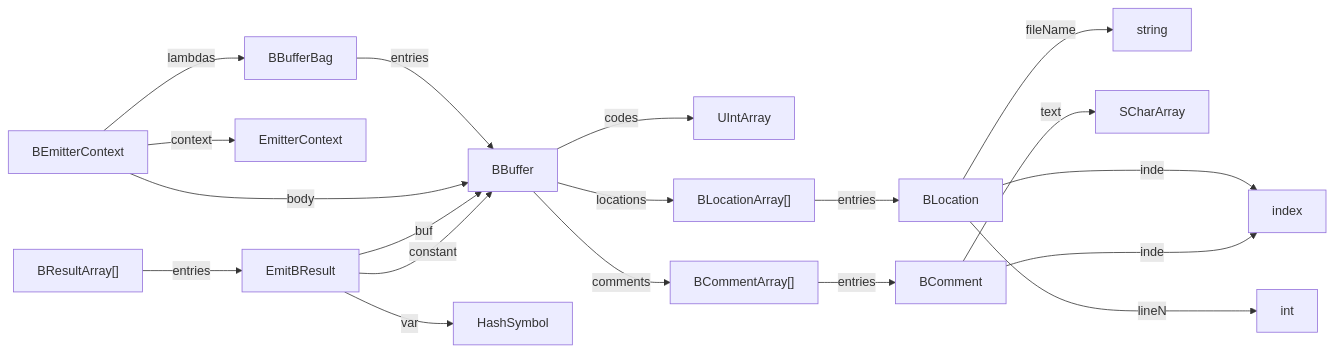
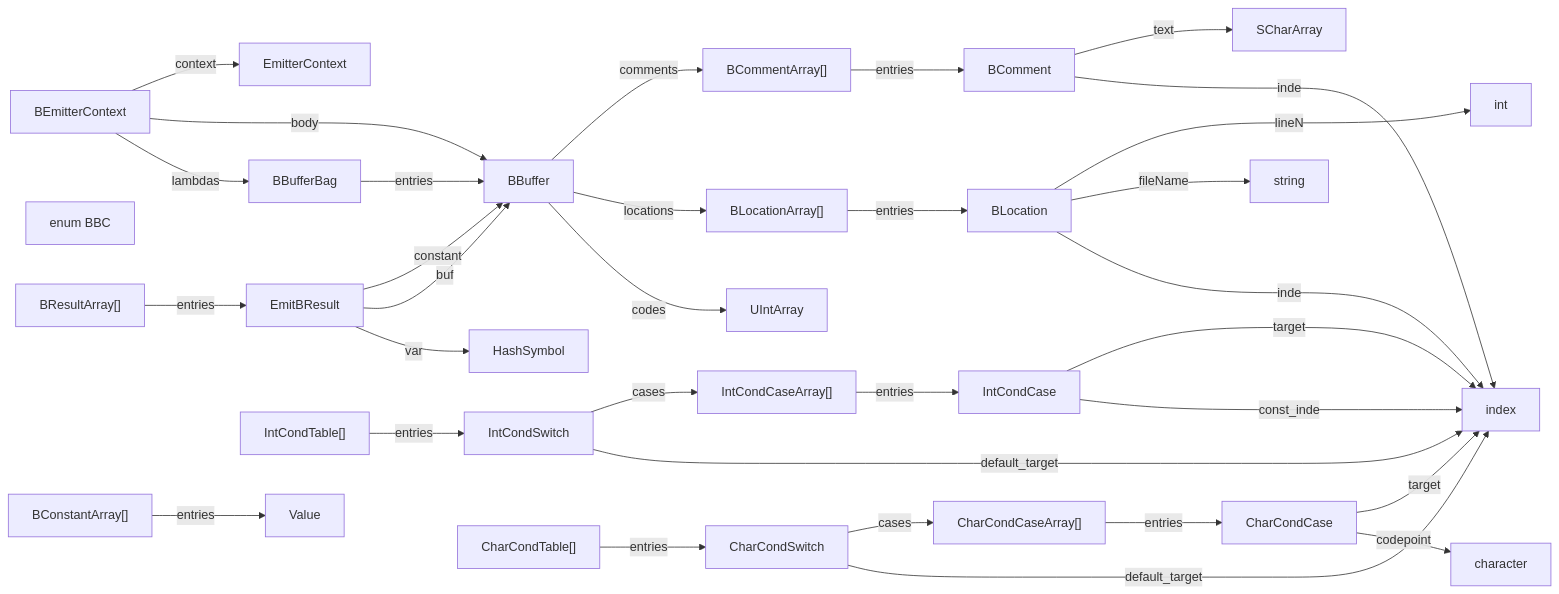
Before and after one commit to billhails/CEKF: the diagram in docs/generated/emit_b.md, drawn with Mermaid. The commit also changed 6 other files, not shown here.

````diff
--- a/docs/generated/emit_b.md
+++ b/docs/generated/emit_b.md
@@ -5,21 +5,35 @@
 ```mermaid
 flowchart LR
 BBufferBag --entries--> BBuffer
 BEmitterContext --lambdas--> BBufferBag
 BEmitterContext --body--> BBuffer
 BEmitterContext --context--> EmitterContext
 BBuffer --codes--> UIntArray
 BBuffer --locations--> BLocationArray
 BBuffer --comments--> BCommentArray
 BLocation --index--> index
 BLocation --fileName--> string
 BLocation --lineNo--> int
 BComment --index--> index
 BComment --text--> SCharArray
+IntCondCase --const_index--> index
+IntCondCase --target--> index
+CharCondCase --codepoint--> character
+CharCondCase --target--> index
+IntCondSwitch --default_target--> index
+IntCondSwitch --cases--> IntCondCaseArray
+CharCondSwitch --default_target--> index
+CharCondSwitch --cases--> CharCondCaseArray
 EmitBResult --var--> HashSymbol
 EmitBResult --buf--> BBuffer
 EmitBResult --constant--> BBuffer
+BBC["enum BBC"]
 BResultArray["BResultArray[]"] --entries--> EmitBResult
 BLocationArray["BLocationArray[]"] --entries--> BLocation
 BCommentArray["BCommentArray[]"] --entries--> BComment
+BConstantArray["BConstantArray[]"] --entries--> Value
+IntCondCaseArray["IntCondCaseArray[]"] --entries--> IntCondCase
+CharCondCaseArray["CharCondCaseArray[]"] --entries--> CharCondCase
+IntCondTable["IntCondTable[]"] --entries--> IntCondSwitch
+CharCondTable["CharCondTable[]"] --entries--> CharCondSwitch
 ```
````
